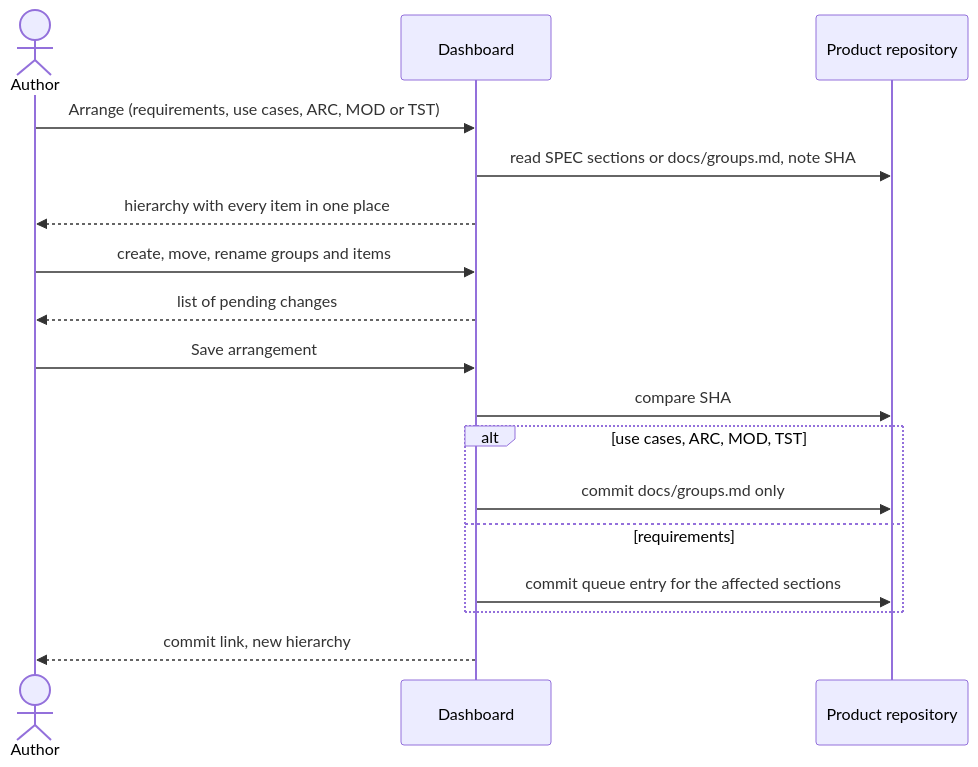
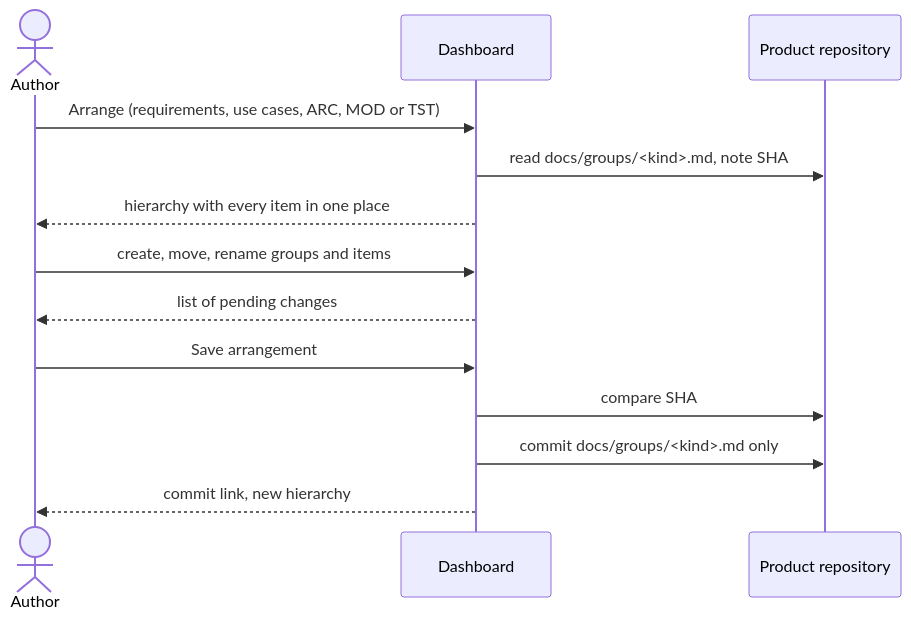
One commit to akmaier/agent-m changed the diagram in docs/use-cases/UC-021-group-artifacts-into-a-hierarchy.md. Above: the diagram before and after it, drawn with Mermaid. The commit also changed other lines of this file and 30 other files, not shown here.

````diff
--- a/docs/use-cases/UC-021-group-artifacts-into-a-hierarchy.md
+++ b/docs/use-cases/UC-021-group-artifacts-into-a-hierarchy.md
@@ -81,19 +85,15 @@
 ```mermaid
 sequenceDiagram
     actor A as Author
     participant D as Dashboard
     participant G as Product repository
     A->>D: Arrange (requirements, use cases, ARC, MOD or TST)
-    D->>G: read SPEC sections or docs/groups.md, note SHA
+    D->>G: read docs/groups/<kind>.md, note SHA
     D-->>A: hierarchy with every item in one place
     A->>D: create, move, rename groups and items
     D-->>A: list of pending changes
     A->>D: Save arrangement
     D->>G: compare SHA
-    alt use cases, ARC, MOD, TST
-        D->>G: commit docs/groups.md only
-    else requirements
-        D->>G: commit queue entry for the affected sections
-    end
+    D->>G: commit docs/groups/<kind>.md only
     D-->>A: commit link, new hierarchy
 ```
````
